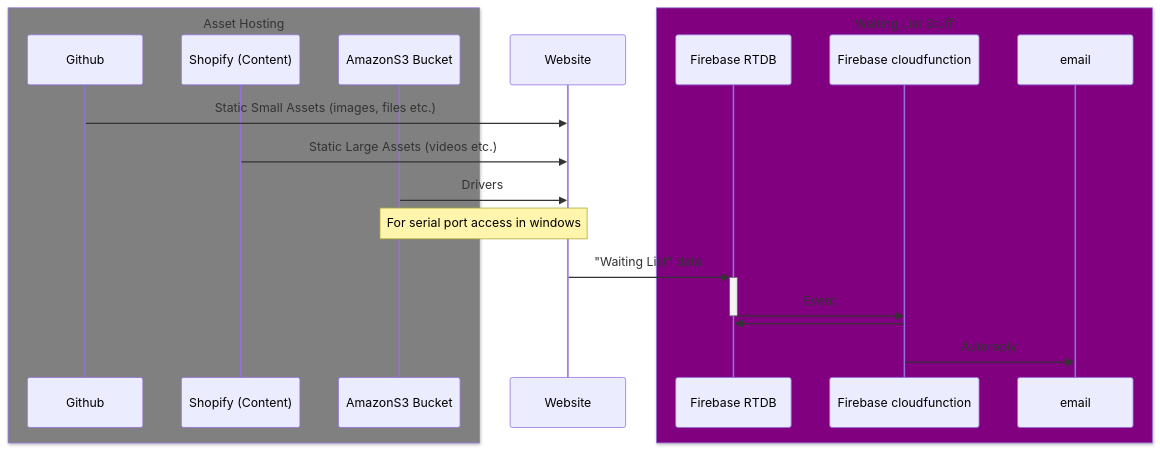
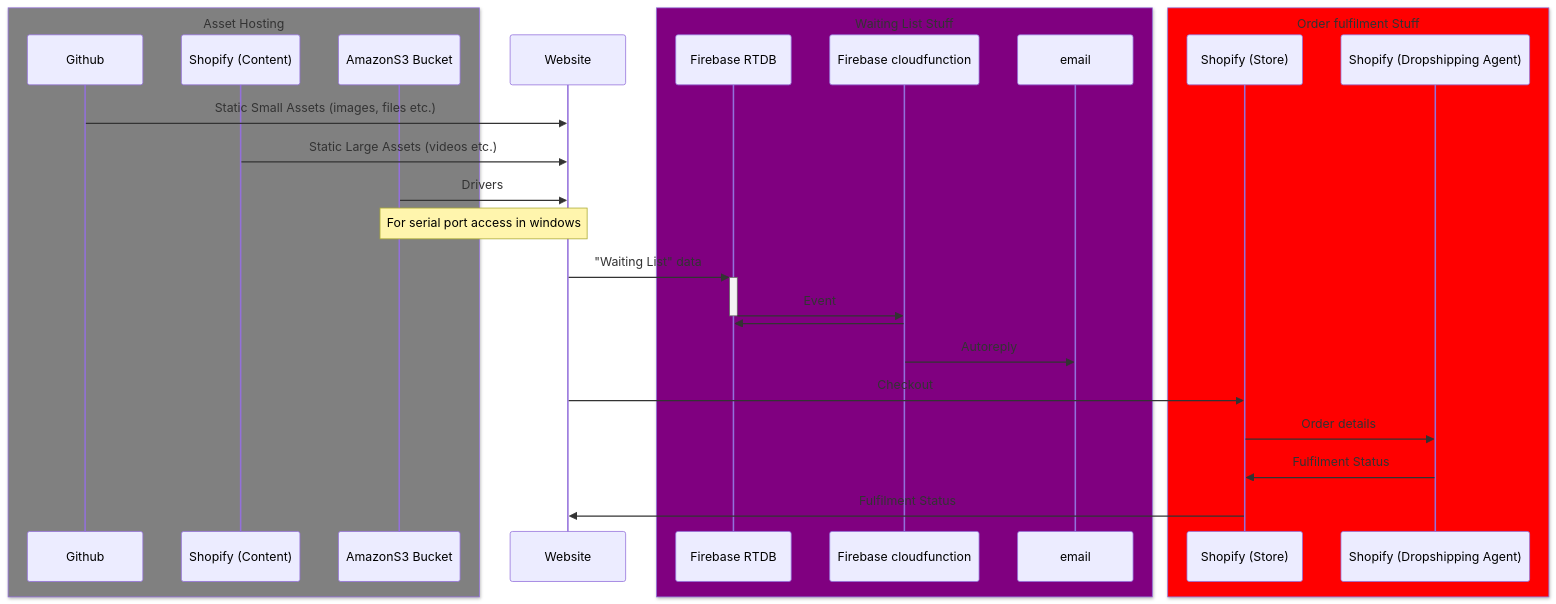
The diagram in README.md (devATdbsutdio/dattabaumstudio.com), drawn with Mermaid before and after one commit. The commit also changed other lines of this file, not shown here.

Commit message:
update: README

````diff
--- a/README.md
+++ b/README.md
@@ -47,23 +48,31 @@
 ```mermaid
 sequenceDiagram
     box Gray Asset Hosting
         participant Github
         participant Shopify (Content)
         participant AmazonS3 Bucket
     end
     participant Website
     box Purple Waiting List Stuff
         participant Firebase RTDB
         participant Firebase cloudfunction
         participant email
     end
+    box Red Order fulfilment Stuff
+        participant Shopify (Store)
+        participant Shopify (Dropshipping Agent)
+    end
 
     Github->>Website: Static Small Assets (images, files etc.)
     Shopify (Content)->>Website: Static Large Assets (videos etc.)
     AmazonS3 Bucket->>Website: Drivers
     Note over AmazonS3 Bucket,Website: For serial port access in windows
     Website->>+Firebase RTDB: "Waiting List" data
     Firebase RTDB->>-Firebase cloudfunction: Event
-    Firebase cloudfunction->>Firebase RTDB: 
+    Firebase cloudfunction->>Firebase RTDB:
     Firebase cloudfunction->>email: Autoreply
+    Website->>Shopify (Store): Checkout
+    Shopify (Store)->>Shopify (Dropshipping Agent): Order details
+    Shopify (Dropshipping Agent)->>Shopify (Store): Fulfilment Status
+    Shopify (Store)->>Website: Fulfilment Status
 ```
````
